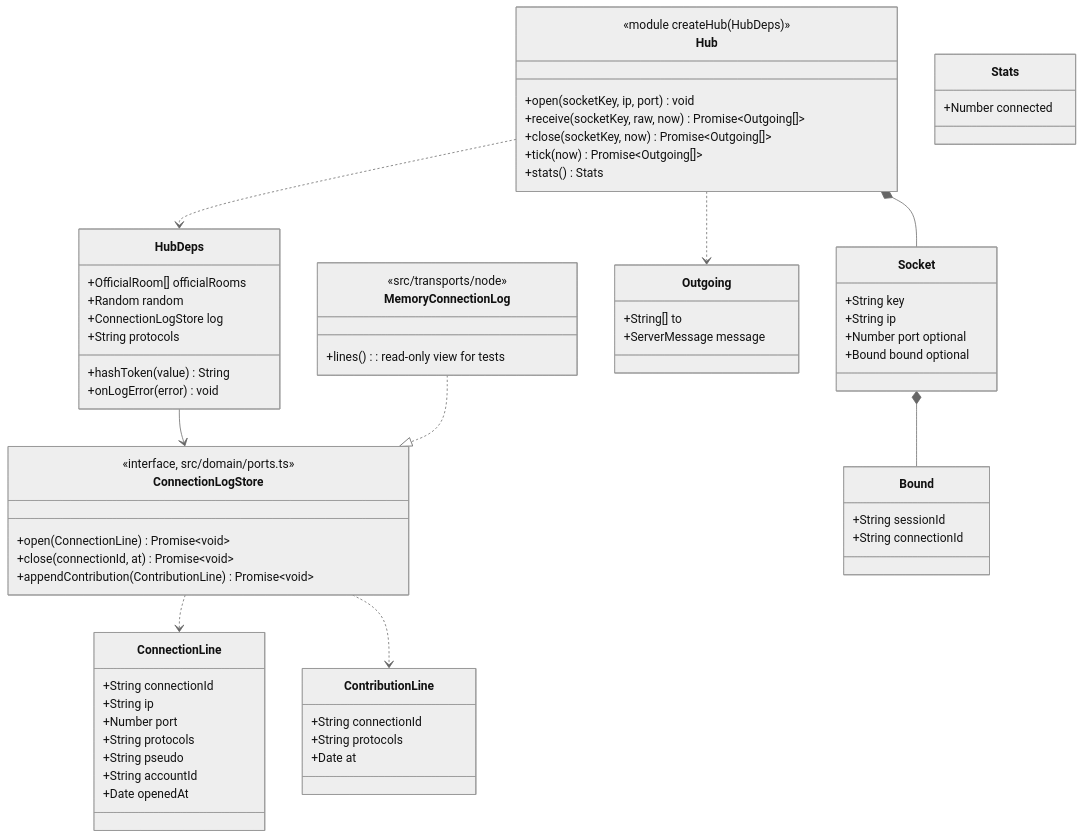
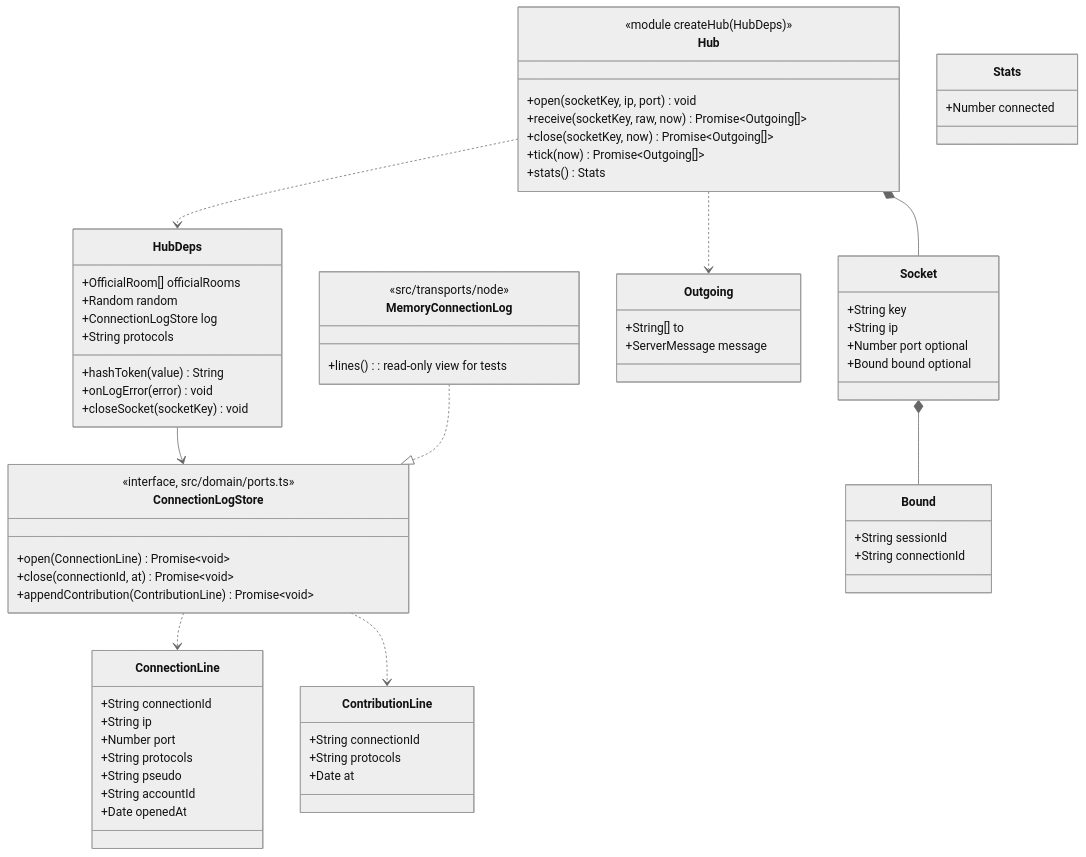
Before and after one commit to benoit-bremaud/asv: the diagram in docs/architecture/diagrams/platform/04c-class-server-hub.md, drawn with Mermaid (neutral theme). The commit also changed other lines of this file and 11 other files, not shown here.

Commit message:
fix(transport): close the socket displaced by a resume takeover; keep entry and room name when not sent

````diff
--- a/docs/architecture/diagrams/platform/04c-class-server-hub.md
+++ b/docs/architecture/diagrams/platform/04c-class-server-hub.md
@@ -18,68 +18,69 @@
 ```mermaid
 classDiagram
   class Hub {
     <<module createHub(HubDeps)>>
     +open(socketKey, ip, port) void
     +receive(socketKey, raw, now) Promise~Outgoing[]~
     +close(socketKey, now) Promise~Outgoing[]~
     +tick(now) Promise~Outgoing[]~
     +stats() Stats
   }
   class HubDeps {
     +OfficialRoom[] officialRooms
     +Random random
     +hashToken(value) String
     +ConnectionLogStore log
     +String protocols
     +onLogError(error) void
+    +closeSocket(socketKey) void
   }
   class ConnectionLogStore {
     <<interface, src/domain/ports.ts>>
     +open(ConnectionLine) Promise~void~
     +close(connectionId, at) Promise~void~
     +appendContribution(ContributionLine) Promise~void~
   }
   class ConnectionLine {
     +String connectionId
     +String ip
     +Number port
     +String protocols
     +String pseudo
     +String accountId
     +Date openedAt
   }
   class ContributionLine {
     +String connectionId
     +String protocols
     +Date at
   }
   class Socket {
     +String key
     +String ip
     +Number port optional
     +Bound bound optional
   }
   class Bound {
     +String sessionId
     +String connectionId
   }
   class Outgoing {
     +String[] to
     +ServerMessage message
   }
   class Stats {
     +Number connected
   }
   class MemoryConnectionLog {
     <<src/transports/node>>
     +lines(): read-only view for tests
   }
   Hub ..> HubDeps
   Hub *-- Socket
   Socket *-- Bound
   Hub ..> Outgoing
   HubDeps --> ConnectionLogStore
   ConnectionLogStore ..> ConnectionLine
   ConnectionLogStore ..> ContributionLine
   MemoryConnectionLog ..|> ConnectionLogStore
 ```
````
